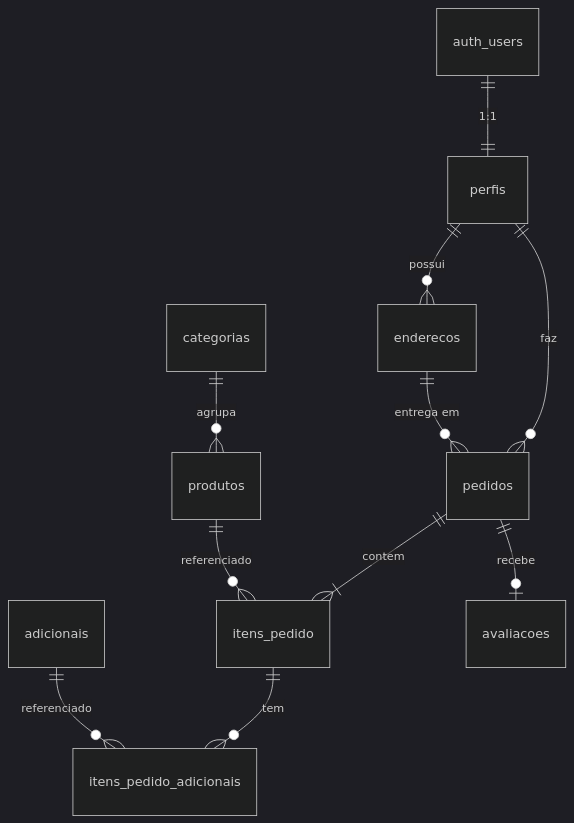
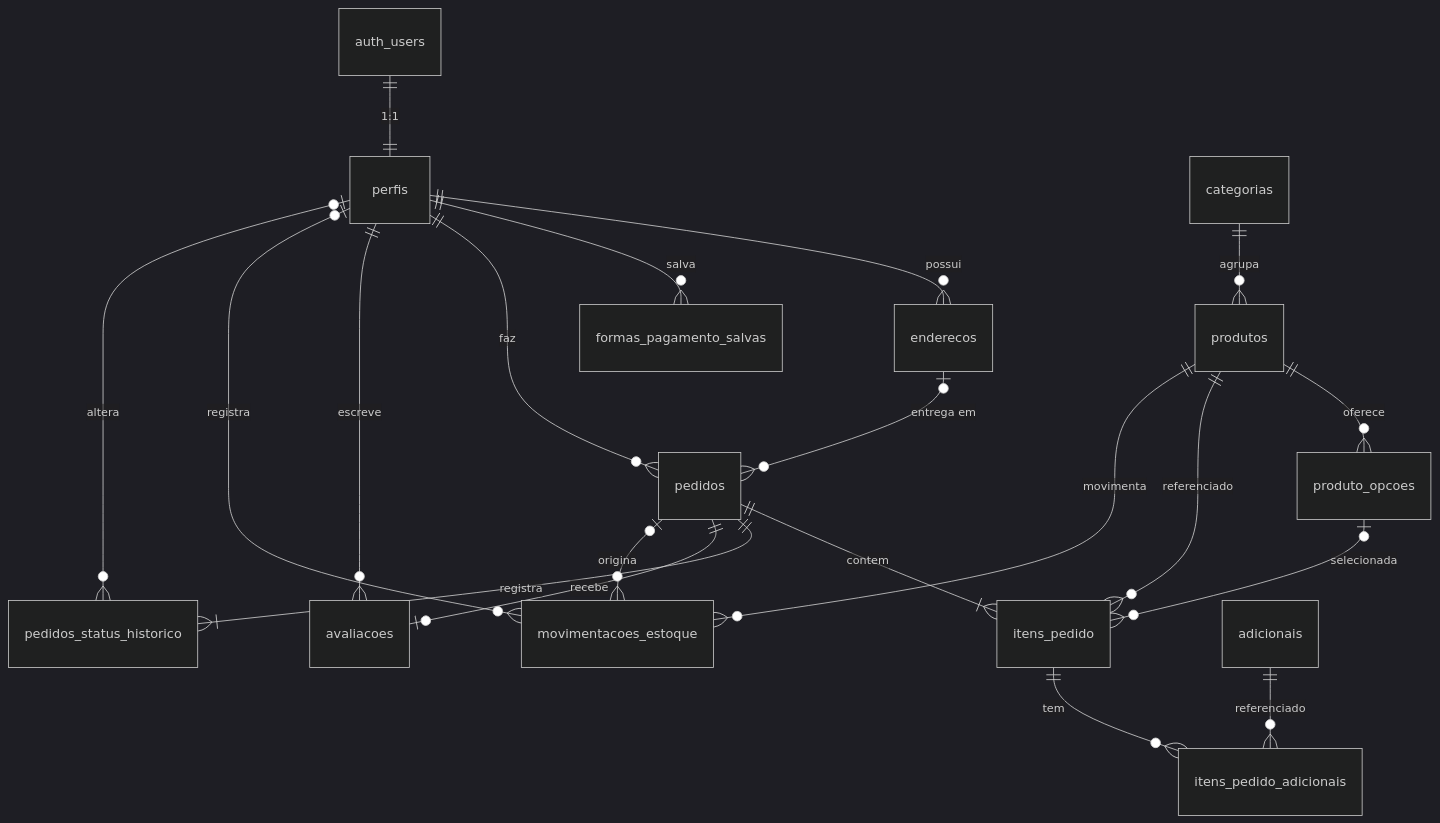
The diagram in docs/ARQUITETURA_DADOS.md (ferreiraxzz/burguertec-fatec), drawn with Mermaid (dark theme) before and after one commit. The commit also changed other lines of this file and 2 other files, not shown here.

Commit message:
docs: adiciona diagrama BPMN e modelagem de dados conceitual e relacional

````diff
--- a/docs/ARQUITETURA_DADOS.md
+++ b/docs/ARQUITETURA_DADOS.md
@@ -8,13 +8,22 @@
 ```mermaid
 erDiagram
   auth_users ||--|| perfis : "1:1"
   perfis ||--o{ enderecos : possui
+  perfis ||--o{ formas_pagamento_salvas : salva
   perfis ||--o{ pedidos : faz
+  perfis ||--o{ avaliacoes : escreve
+  perfis |o--o{ movimentacoes_estoque : registra
+  perfis |o--o{ pedidos_status_historico : altera
   categorias ||--o{ produtos : agrupa
-  enderecos ||--o{ pedidos : "entrega em"
+  produtos ||--o{ produto_opcoes : oferece
+  produtos ||--o{ itens_pedido : referenciado
+  produtos ||--o{ movimentacoes_estoque : movimenta
+  enderecos |o--o{ pedidos : "entrega em"
   pedidos ||--|{ itens_pedido : contem
-  produtos ||--o{ itens_pedido : referenciado
+  pedidos ||--|{ pedidos_status_historico : registra
+  pedidos ||--o| avaliacoes : recebe
+  pedidos |o--o{ movimentacoes_estoque : origina
+  produto_opcoes |o--o{ itens_pedido : selecionada
   itens_pedido ||--o{ itens_pedido_adicionais : tem
   adicionais ||--o{ itens_pedido_adicionais : referenciado
-  pedidos ||--o| avaliacoes : recebe
 ```
````
